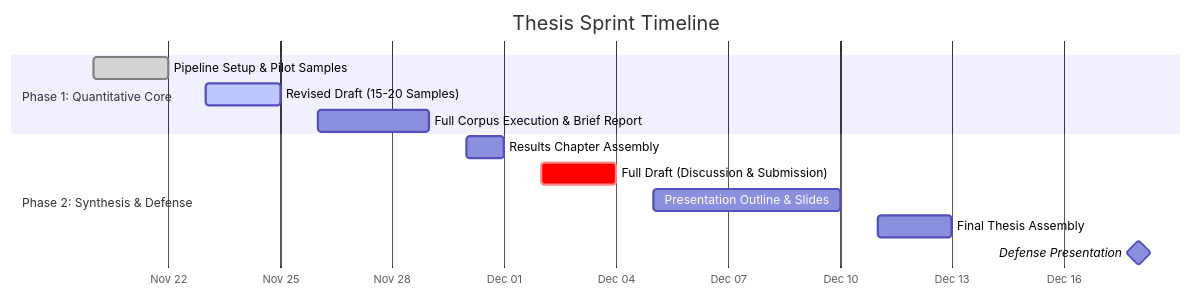
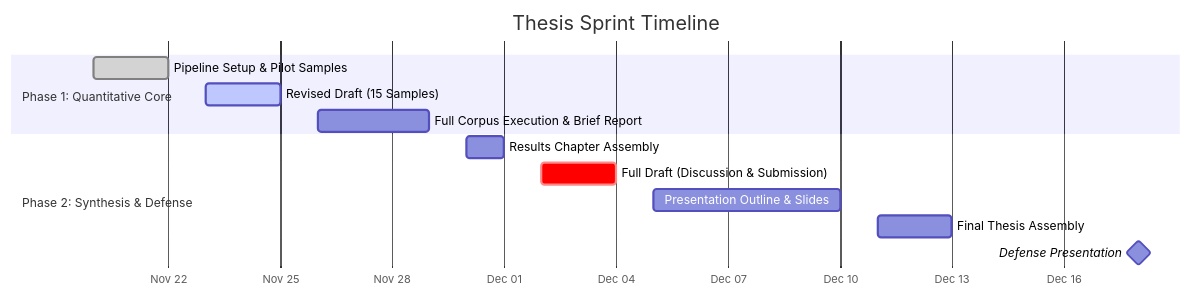
One commit to mxzhelean/MSDS-Thesis-Project changed the diagram in README.md. Above: the diagram before and after it, drawn with Mermaid. The commit also changed 4 other files, not shown here.

````diff
--- a/README.md
+++ b/README.md
@@ -84,19 +84,19 @@
 ```mermaid
 gantt
     title Thesis Sprint Timeline
     dateFormat  YYYY-MM-DD
     axisFormat  %b %d
     tickInterval 3day
 
     section Phase 1: Quantitative Core
     Pipeline Setup & Pilot Samples       :done,    2026-11-20, 2026-11-22
-    Revised Draft (15-20 Samples)        :active,  2026-11-23, 2026-11-25
+    Revised Draft (15 Samples)        :active,  2026-11-23, 2026-11-25
     Full Corpus Execution & Brief Report :         2026-11-26, 2026-11-29
 
     section Phase 2: Synthesis & Defense
     Results Chapter Assembly             :         2026-11-30, 2026-12-01
     Full Draft (Discussion & Submission) :crit,    2026-12-02, 2026-12-04
     Presentation Outline & Slides        :         2026-12-05, 2026-12-10
     Final Thesis Assembly                :         2026-12-11, 2026-12-13
     Defense Presentation                 :milestone, 2026-12-18, 0d
 ```
````
